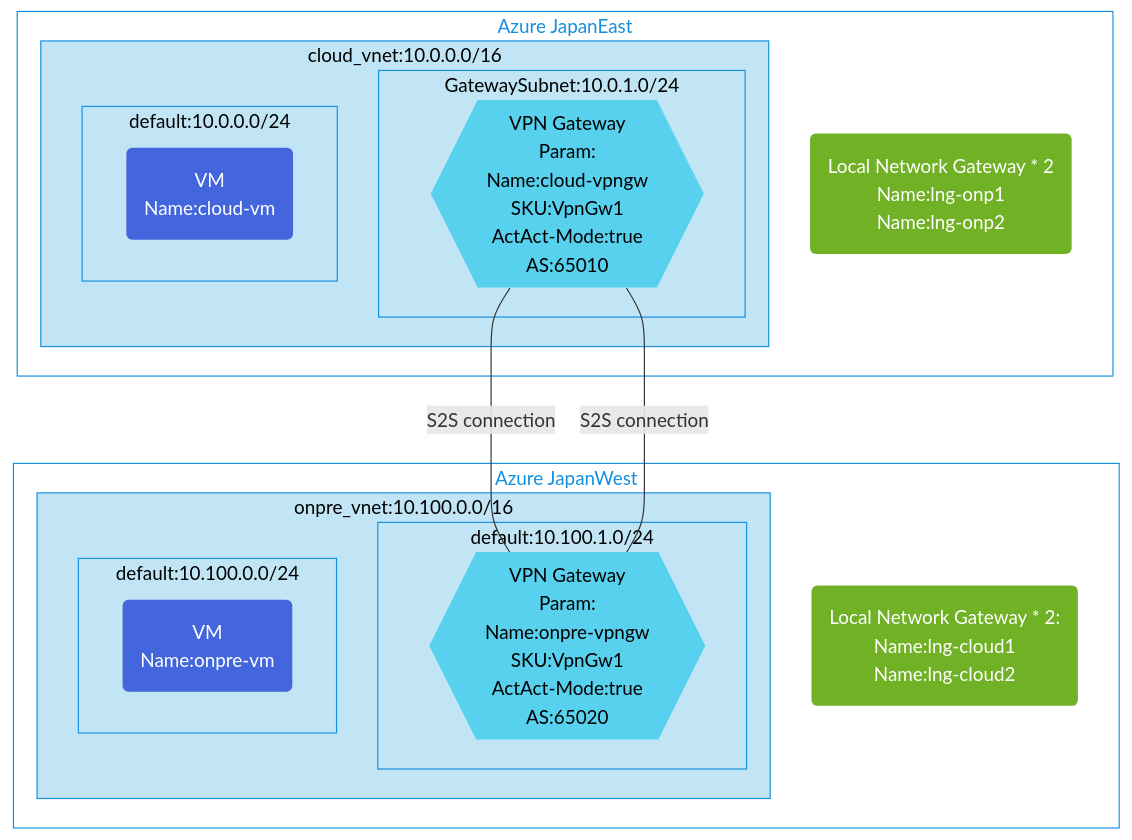
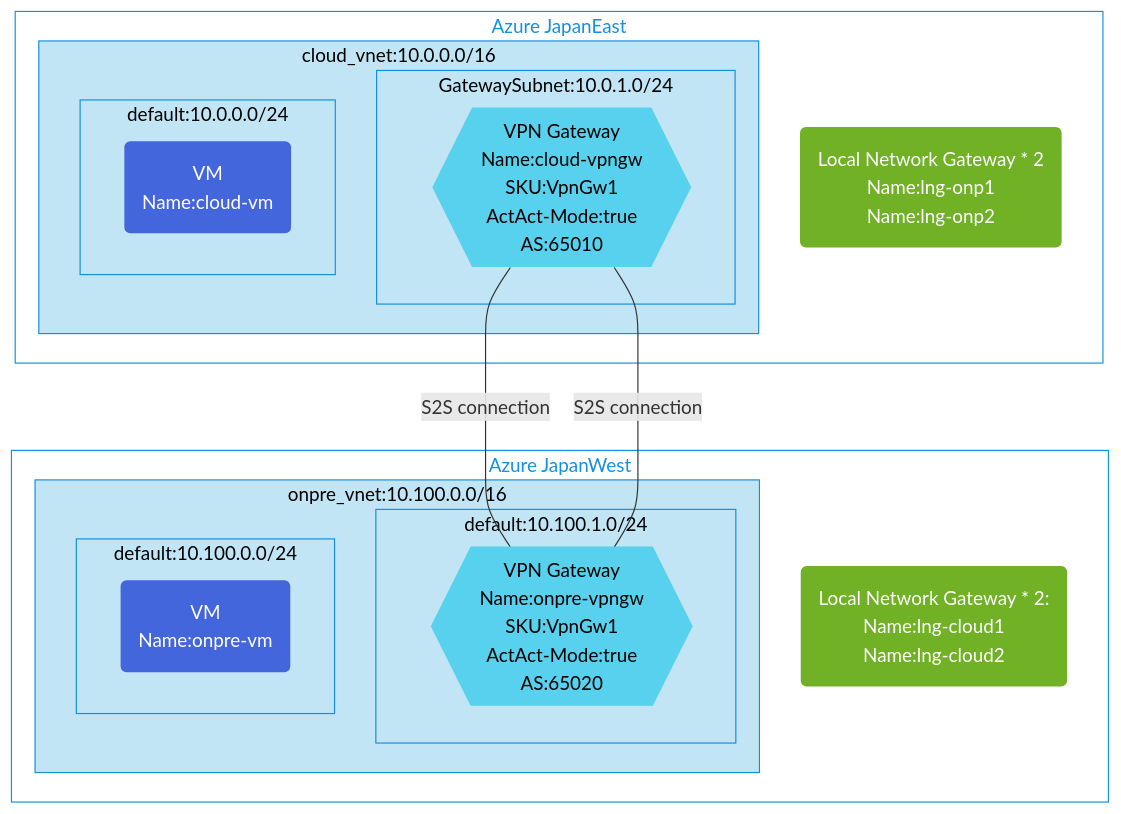
The diagram in s2s-act-act-vpn-bgp-using-lngw-connction/README.md (toizumi03/bicep-templates), drawn with Mermaid before and after one commit.

````diff
--- a/s2s-act-act-vpn-bgp-using-lngw-connction/README.md
+++ b/s2s-act-act-vpn-bgp-using-lngw-connction/README.md
@@ -3,51 +3,51 @@
 ```mermaid
 graph TB;
 %% Groups and Services
 subgraph GR2[Azure JapanWest]
   subgraph GV2[onpre_vnet:10.100.0.0/16]
      subgraph GVS4[default:10.100.1.0/24]
-      VPNGW2{{"VPN Gateway<br/>Param:<br/>Name:onpre-vpngw<br/>SKU:VpnGw1<br/>ActAct-Mode:true<br/>AS:65020"}}
+      VPNGW2{{"VPN Gateway<br/>Name:onpre-vpngw<br/>SKU:VpnGw1<br/>ActAct-Mode:true<br/>AS:65020"}}
     end
       subgraph GVS3[default:10.100.0.0/24]
         CP2("VM<br/>Name:onpre-vm")
     end
 end
     LNGW2("Local Network Gateway * 2: <br/>Name:lng-cloud1<br/>Name:lng-cloud2")
 end
 subgraph GR1[Azure JapanEast]
   subgraph GV1[cloud_vnet:10.0.0.0/16]
       subgraph GVS2[GatewaySubnet:10.0.1.0/24]
-        VPNGW1{{"VPN Gateway<br/>Param:<br/>Name:cloud-vpngw<br/>SKU:VpnGw1<br/>ActAct-Mode:true<br/>AS:65010"}}
+        VPNGW1{{"VPN Gateway<br/>Name:cloud-vpngw<br/>SKU:VpnGw1<br/>ActAct-Mode:true<br/>AS:65010"}}
       end
       subgraph GVS1[default:10.0.0.0/24]
         CP1("VM<br/>Name:cloud-vm")
       end
 end
     LNGW1("Local Network Gateway * 2<br/>Name:lng-onp1<br/>Name:lng-onp2")
 end
 
 %% Relation for resources
 VPNGW1 --S2S connection--- VPNGW2
 VPNGW1 --S2S connection--- VPNGW2
 
 %% Groups style
 classDef GSR fill:#fff,color:#1490df,stroke:#1490df
 class GR1,GR2 GSR
 
 classDef SGV1 fill:#c1e5f5,color:#000,stroke:#1490df
 class GV1,GVS1,GVS2,GVS3,GVS4 SGV1
 
 classDef SGV2 fill:#c1e5f5,color:#000,stroke:#1490df
 class GV2 SGV2
  
 %% Service Style
 classDef SCP fill:#4466dd,color:#fff,stroke:none
 class CP1,CP2 SCP
 
 classDef SVPNGW fill:#57d1ed,color:#000,stroke:none
 class VPNGW1,VPNGW2 SVPNGW
 
 classDef SLNGW fill:#70b126,color:#fff,stroke:none
 class LNGW1,LNGW2 SLNGW
 
 ```
````
